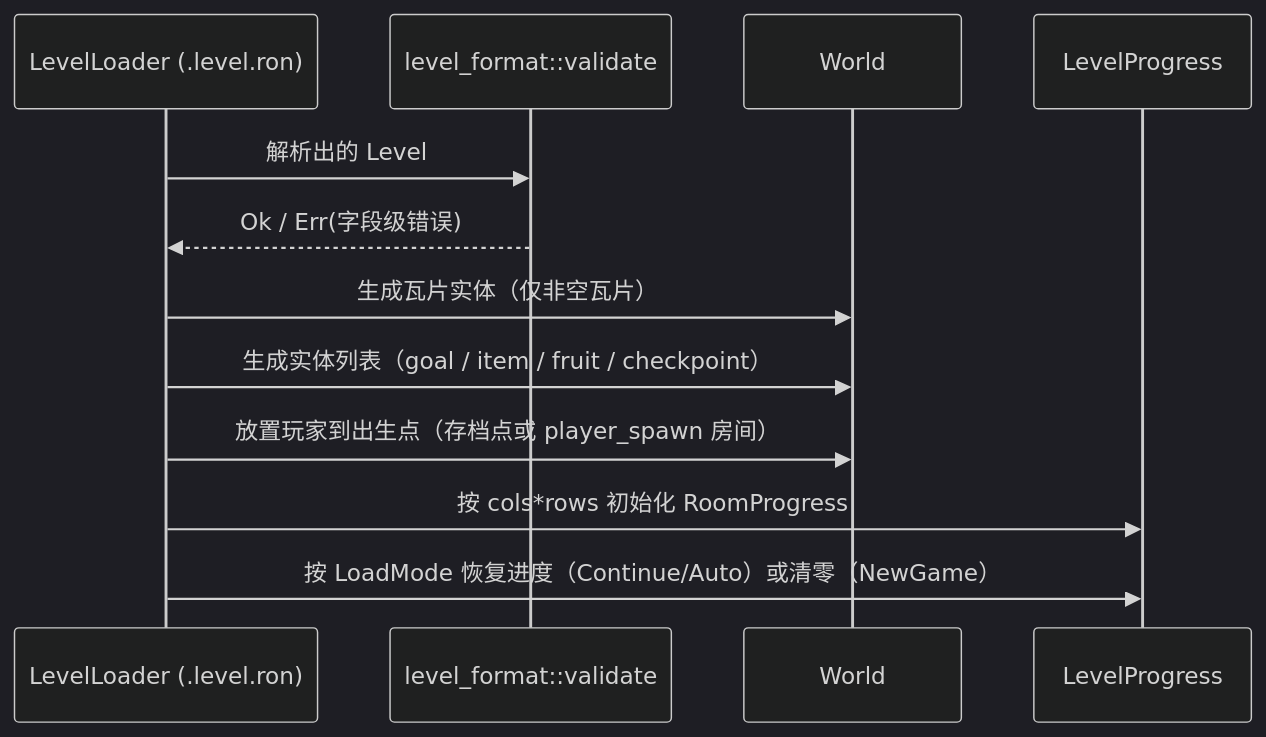
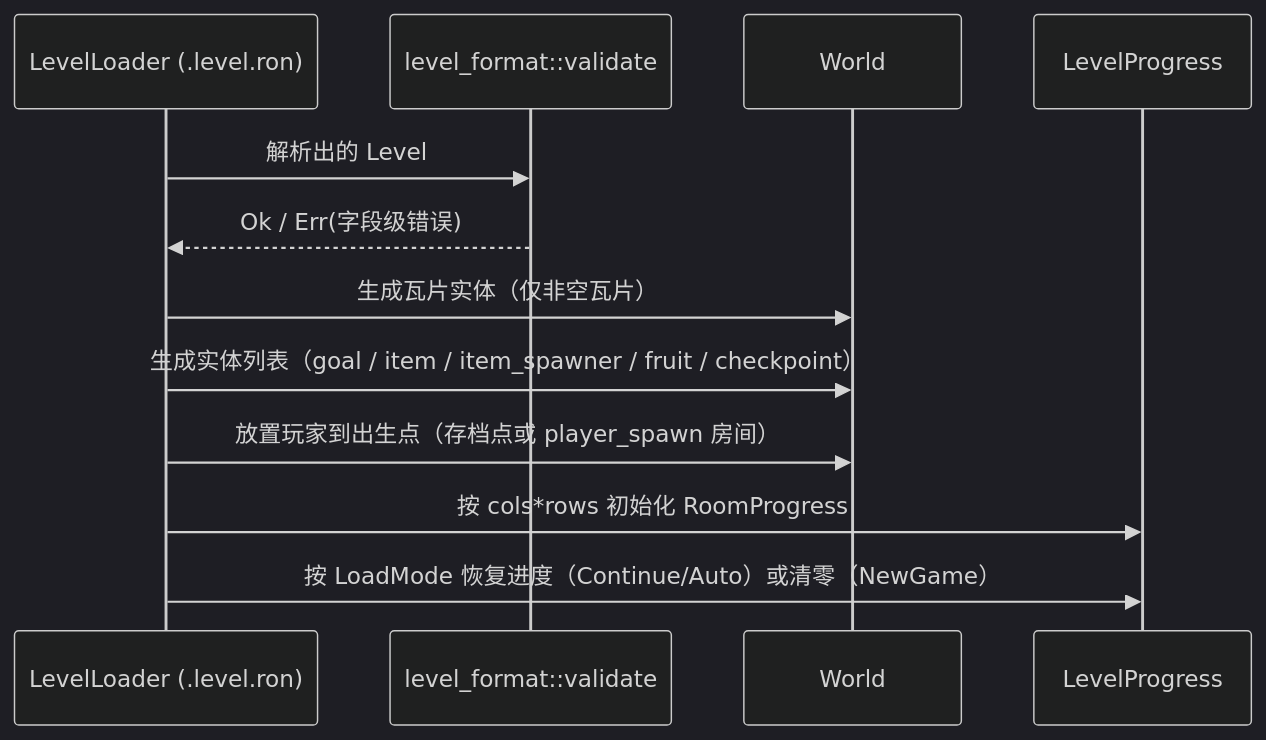
One commit to iLeepop/animj-2d-platformer changed the diagram in docs/02-world-and-rooms.md. Above: the diagram before and after it, drawn with Mermaid (dark theme). The commit also changed other lines of this file and 21 other files, not shown here.

Commit message:
editor: 道具贴图预览与 32×32 框选

````diff
--- a/docs/02-world-and-rooms.md
+++ b/docs/02-world-and-rooms.md
@@ -100,14 +100,14 @@
 ```mermaid
 sequenceDiagram
   participant L as LevelLoader (.level.ron)
   participant V as level_format::validate
   participant W as World
   participant P as LevelProgress
   L->>V: 解析出的 Level
   V-->>L: Ok / Err(字段级错误)
   L->>W: 生成瓦片实体（仅非空瓦片）
-  L->>W: 生成实体列表（goal / item / fruit / checkpoint）
+  L->>W: 生成实体列表（goal / item / item_spawner / fruit / checkpoint）
   L->>W: 放置玩家到出生点（存档点或 player_spawn 房间）
   L->>P: 按 cols*rows 初始化 RoomProgress
   L->>P: 按 LoadMode 恢复进度（Continue/Auto）或清零（NewGame）
 ```
````
